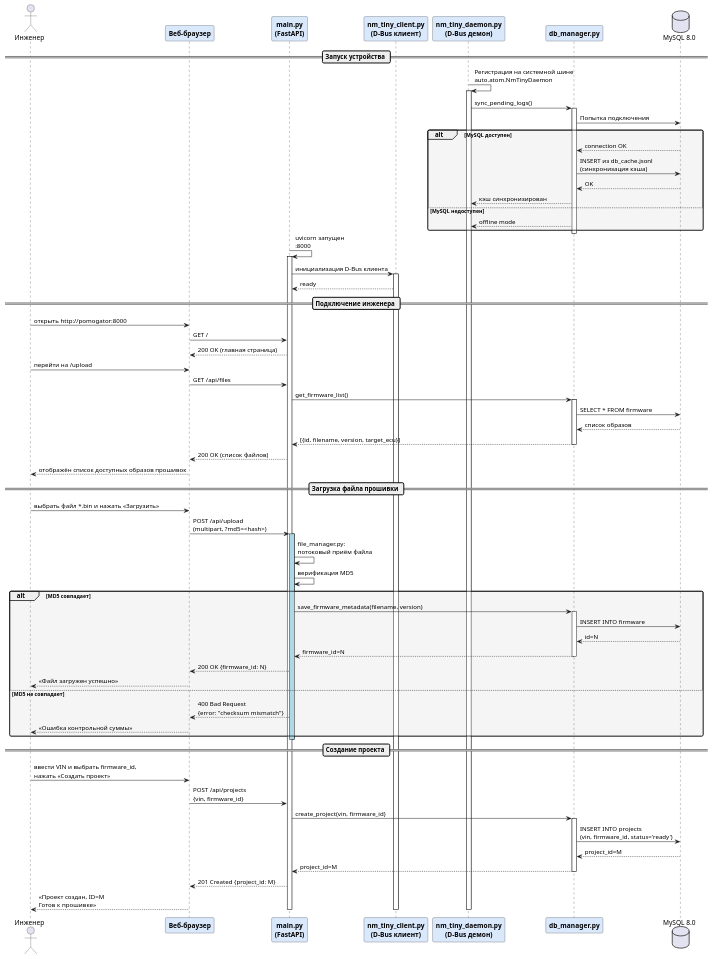
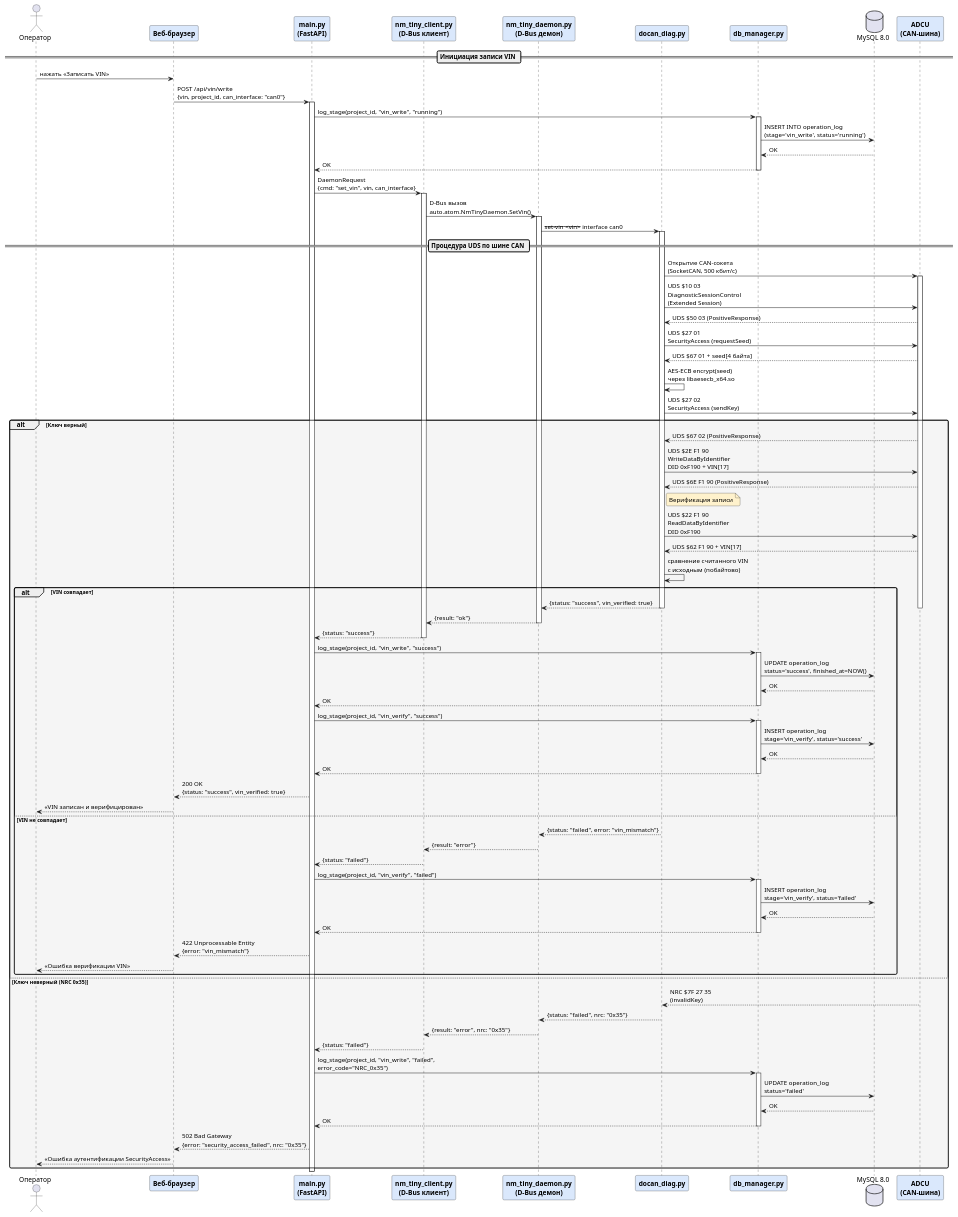
Before and after one commit to hc7/vkr1: the diagram in seq_3_4_vin.md, drawn with PlantUML.

````diff
--- a/seq_3_4_vin.md
+++ b/seq_3_4_vin.md
@@ -1,5 +1,7 @@
 ```plantuml
 @startuml seq_3_4_vin
+
+
 <style>
 sequenceDiagram {
   MessageAlign center
@@ -27,93 +29,133 @@
 }
 </style>
 
-actor "Инженер" as ENG
+actor "Оператор" as OPR
 participant "Веб-браузер" as UI
 participant "main.py\n(FastAPI)" as API
 participant "nm_tiny_client.py\n(D-Bus клиент)" as CLIENT
 participant "nm_tiny_daemon.py\n(D-Bus демон)" as DAEMON
+participant "docan_diag.py" as DOCAN
 participant "db_manager.py" as DB
 database "MySQL 8.0" as MYSQL
+participant "ADCU\n(CAN-шина)" as ADCU
 
-== Запуск устройства ==
+== Инициация записи VIN ==
 
-DAEMON -> DAEMON : Регистрация на системной шине\nauto.atom.NmTinyDaemon
-activate DAEMON
+OPR -> UI : нажать «Записать VIN»
+UI -> API : POST /api/vin/write\n{vin, project_id, can_interface: "can0"}
+activate API
 
-DAEMON -> DB : sync_pending_logs()
+API -> DB : log_stage(project_id, "vin_write", "running")
 activate DB
-DB -> MYSQL : Попытка подключения
-alt MySQL доступен
-    MYSQL --> DB : connection OK
-    DB -> MYSQL : INSERT из db_cache.jsonl\n(синхронизация кэша)
-    MYSQL --> DB : OK
-    DB --> DAEMON : кэш синхронизирован
-else MySQL недоступен
-    DB --> DAEMON : offline mode
-end
+DB -> MYSQL : INSERT INTO operation_log\n(stage='vin_write', status='running')
+MYSQL --> DB : OK
+DB --> API : OK
 deactivate DB
 
-API -> API : uvicorn запущен\n:8000
-activate API
-API -> CLIENT : инициализация D-Bus клиента
+API -> CLIENT : DaemonRequest\n{cmd: "set_vin", vin, can_interface}
 activate CLIENT
-CLIENT --> API : ready
+CLIENT -> DAEMON : D-Bus вызов\nauto.atom.NmTinyDaemon.SetVin()
+activate DAEMON
+DAEMON -> DOCAN : --set-vin <vin> --interface can0
+activate DOCAN
 
-== Подключение инженера ==
+== Процедура UDS по шине CAN ==
 
-ENG -> UI : открыть http://pomogator:8000
-UI -> API : GET /
-API --> UI : 200 OK (главная страница)
+DOCAN -> ADCU : Открытие CAN-сокета\n(SocketCAN, 500 кбит/с)
+activate ADCU
 
-ENG -> UI : перейти на /upload
-UI -> API : GET /api/files
-API -> DB : get_firmware_list()
-activate DB
-DB -> MYSQL : SELECT * FROM firmware
-MYSQL --> DB : список образов
-DB --> API : [{id, filename, version, target_ecu}]
-deactivate DB
-API --> UI : 200 OK (список файлов)
-UI --> ENG : отображён список доступных образов прошивок
+DOCAN -> ADCU : UDS $10 03\nDiagnosticSessionControl\n(Extended Session)
+ADCU --> DOCAN : UDS $50 03 (PositiveResponse)
 
-== Загрузка файла прошивки ==
+DOCAN -> ADCU : UDS $27 01\nSecurityAccess (requestSeed)
+ADCU --> DOCAN : UDS $67 01 + seed[4 байта]
 
-ENG -> UI : выбрать файл *.bin и нажать «Загрузить»
-UI -> API : POST /api/upload\n(multipart, ?md5=<hash>)
-activate API #lightblue
-API -> API : file_manager.py:\nпотоковый приём файла
-API -> API : верификация MD5
-alt MD5 совпадает
-    API -> DB : save_firmware_metadata(filename, version)
+DOCAN -> DOCAN : AES-ECB encrypt(seed)\nчерез libaesecb_x64.so
+DOCAN -> ADCU : UDS $27 02\nSecurityAccess (sendKey)
+
+alt Ключ верный
+    ADCU --> DOCAN : UDS $67 02 (PositiveResponse)
+
+    DOCAN -> ADCU : UDS $2E F1 90\nWriteDataByIdentifier\nDID 0xF190 + VIN[17]
+    ADCU --> DOCAN : UDS $6E F1 90 (PositiveResponse)
+
+    note right of DOCAN
+      Верификация записи
+    end note
+
+    DOCAN -> ADCU : UDS $22 F1 90\nReadDataByIdentifier\nDID 0xF190
+    ADCU --> DOCAN : UDS $62 F1 90 + VIN[17]
+
+    DOCAN -> DOCAN : сравнение считанного VIN\nс исходным (побайтово)
+
+    alt VIN совпадает
+        DOCAN --> DAEMON : {status: "success", vin_verified: true}
+        deactivate ADCU
+        deactivate DOCAN
+
+        DAEMON --> CLIENT : {result: "ok"}
+        deactivate DAEMON
+        CLIENT --> API : {status: "success"}
+        deactivate CLIENT
+
+        API -> DB : log_stage(project_id, "vin_write", "success")
+        activate DB
+        DB -> MYSQL : UPDATE operation_log\nstatus='success', finished_at=NOW()
+        MYSQL --> DB : OK
+        DB --> API : OK
+        deactivate DB
+
+        API -> DB : log_stage(project_id, "vin_verify", "success")
+        activate DB
+        DB -> MYSQL : INSERT operation_log\nstage='vin_verify', status='success'
+        MYSQL --> DB : OK
+        DB --> API : OK
+        deactivate DB
+
+        API --> UI : 200 OK\n{status: "success", vin_verified: true}
+        UI --> OPR : «VIN записан и верифицирован»
+
+    else VIN не совпадает
+        DOCAN --> DAEMON : {status: "failed", error: "vin_mismatch"}
+        deactivate DOCAN
+        DAEMON --> CLIENT : {result: "error"}
+        deactivate DAEMON
+        CLIENT --> API : {status: "failed"}
+        deactivate CLIENT
+
+        API -> DB : log_stage(project_id, "vin_verify", "failed")
+        activate DB
+        DB -> MYSQL : INSERT operation_log\nstage='vin_verify', status='failed'
+        MYSQL --> DB : OK
+        DB --> API : OK
+        deactivate DB
+
+        API --> UI : 422 Unprocessable Entity\n{error: "vin_mismatch"}
+        UI --> OPR : «Ошибка верификации VIN»
+    end
+
+else Ключ неверный (NRC 0x35)
+    ADCU --> DOCAN : NRC $7F 27 35\n(invalidKey)
+    deactivate ADCU
+    DOCAN --> DAEMON : {status: "failed", nrc: "0x35"}
+    deactivate DOCAN
+    DAEMON --> CLIENT : {result: "error", nrc: "0x35"}
+    deactivate DAEMON
+    CLIENT --> API : {status: "failed"}
+    deactivate CLIENT
+
+    API -> DB : log_stage(project_id, "vin_write", "failed",\nerror_code="NRC_0x35")
     activate DB
-    DB -> MYSQL : INSERT INTO firmware
-    MYSQL --> DB : id=N
-    DB --> API : firmware_id=N
+    DB -> MYSQL : UPDATE operation_log\nstatus='failed'
+    MYSQL --> DB : OK
+    DB --> API : OK
     deactivate DB
-    API --> UI : 200 OK {firmware_id: N}
-    UI --> ENG : «Файл загружен успешно»
-else MD5 не совпадает
-    API --> UI : 400 Bad Request\n{error: "checksum mismatch"}
-    UI --> ENG : «Ошибка контрольной суммы»
+
+    API --> UI : 502 Bad Gateway\n{error: "security_access_failed", nrc: "0x35"}
+    UI --> OPR : «Ошибка аутентификации SecurityAccess»
 end
-deactivate API #lightblue
 
-== Создание проекта ==
-
-ENG -> UI : ввести VIN и выбрать firmware_id,\nнажать «Создать проект»
-UI -> API : POST /api/projects\n{vin, firmware_id}
-API -> DB : create_project(vin, firmware_id)
-activate DB
-DB -> MYSQL : INSERT INTO projects\n(vin, firmware_id, status='ready')
-MYSQL --> DB : project_id=M
-DB --> API : project_id=M
-deactivate DB
-API --> UI : 201 Created {project_id: M}
-UI --> ENG : «Проект создан, ID=M\nГотов к прошивке»
-
-deactivate CLIENT
 deactivate API
-deactivate DAEMON
 
 @enduml
 
````
